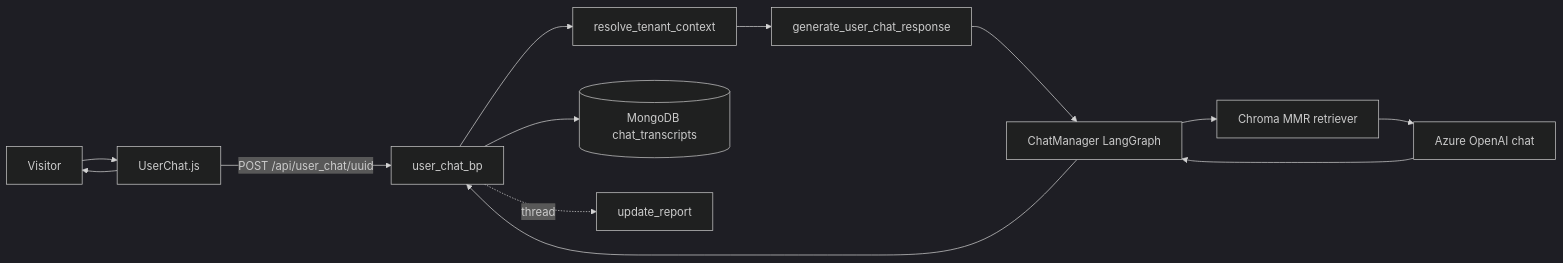
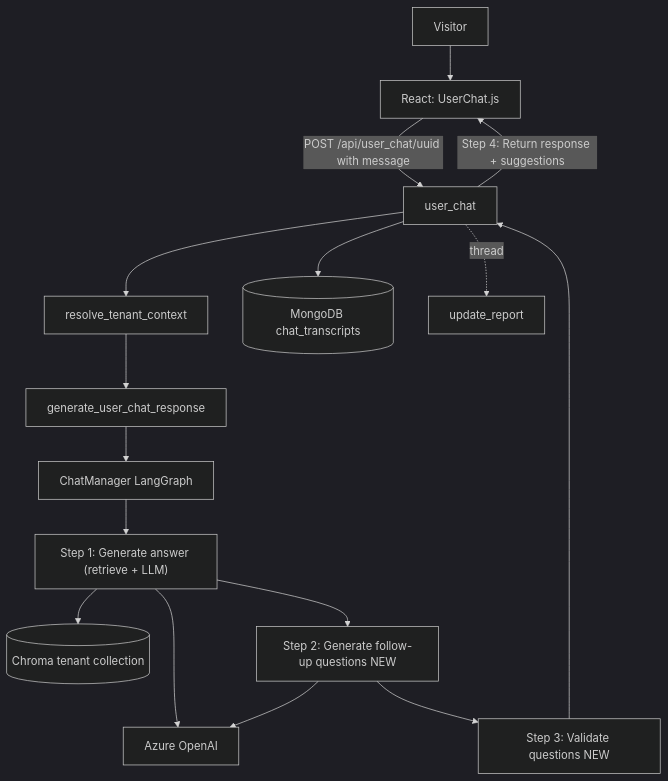
Before and after one commit to 026anusha/HLD: the first of 4 diagrams in guided-chatbot-suggested-questions-hld.md, drawn with Mermaid (dark theme). The commit also changed other lines of this file, not shown here.

````diff
--- a/guided-chatbot-suggested-questions-hld.md
+++ b/guided-chatbot-suggested-questions-hld.md
@@ -57,15 +72,18 @@
 ```mermaid
-flowchart LR
-    U[Visitor] --> UI[UserChat.js]
-    UI -->|POST /api/user_chat/uuid| API[user_chat_bp]
-    API --> T[resolve_tenant_context]
-    T --> L[generate_user_chat_response]
-    L --> CM[ChatManager LangGraph]
-    CM --> R[Chroma MMR retriever]
-    R --> LLM[Azure OpenAI chat]
-    LLM --> CM
-    CM --> API
-    API --> M[(MongoDB chat_transcripts)]
-    API -.thread.-> UR[update_report]
-    UI --> U
+flowchart TB
+    V[Visitor] --> UI["React: UserChat.js"]
+    UI -->|"POST /api/user_chat/uuid with message"| API["user_chat"]
+    API --> RES["resolve_tenant_context"]
+    RES --> GEN["generate_user_chat_response"]
+    GEN --> G["ChatManager LangGraph"]
+    G --> N1["Step 1: Generate answer (retrieve + LLM)"]
+    N1 --> CH[("Chroma tenant collection")]
+    N1 --> AZ["Azure OpenAI"]
+    N1 --> N2["Step 2: Generate follow-up questions NEW"]
+    N2 --> AZ
+    N2 --> VAL["Step 3: Validate questions NEW"]
+    VAL --> API
+    API --> DB[("MongoDB chat_transcripts")]
+    API -->|"Step 4: Return response + suggestions"| UI
+    API -.thread.-> UR["update_report"]
 ```
````
